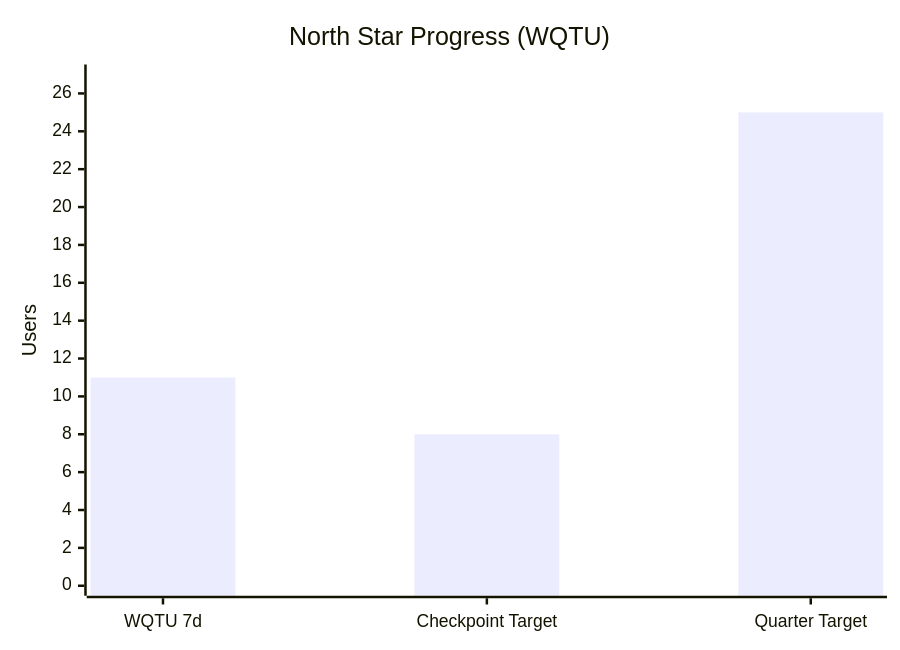
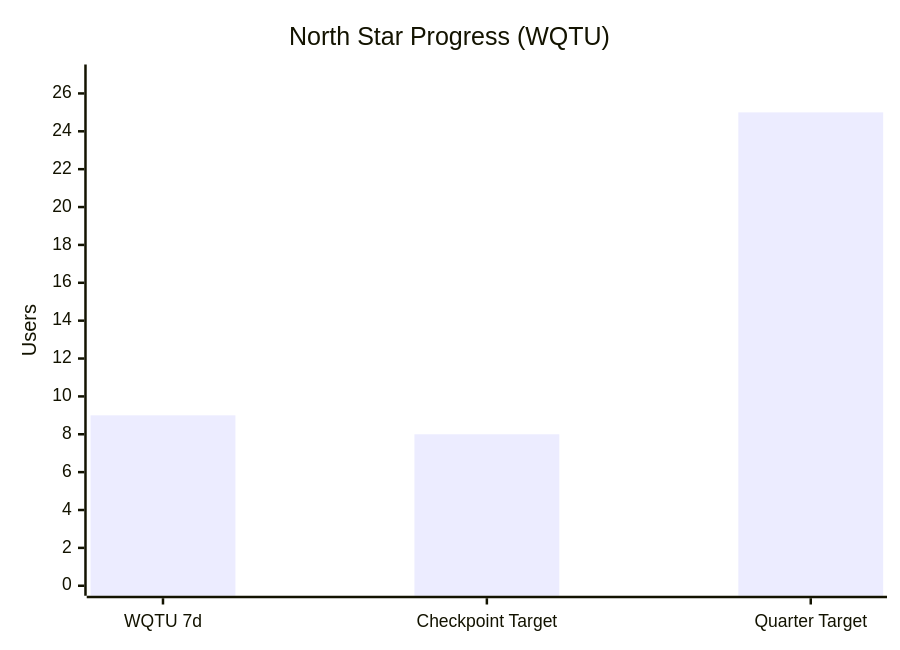
One commit to IgorGanapolsky/Random-Timer changed the second of 4 diagrams in wiki/Paid-Acquisition.md. Above: the diagram before and after it, drawn with Mermaid. The commit also changed other lines of this file and 10 other files, not shown here.

````diff
--- a/wiki/Paid-Acquisition.md
+++ b/wiki/Paid-Acquisition.md
@@ -50,7 +50,7 @@
 ```mermaid
 xychart-beta
     title "North Star Progress (WQTU)"
     x-axis ["WQTU 7d" , "Checkpoint Target" , "Quarter Target"]
     y-axis "Users" 0 --> 27
-    bar [11 , 8 , 25]
+    bar [9 , 8 , 25]
 ```
````
